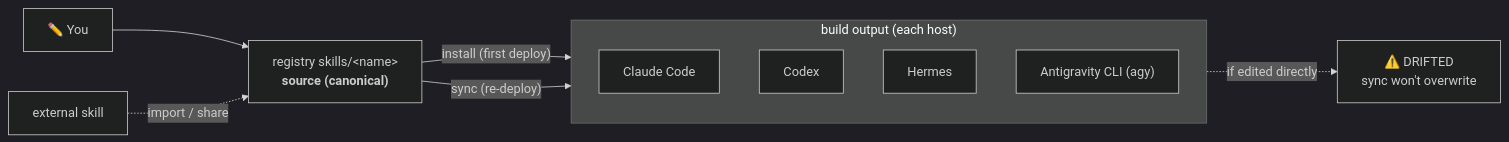
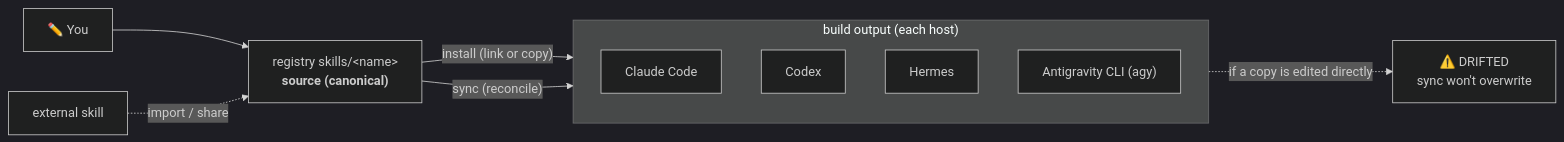
Before and after one commit to Seosiju/my-skills: the diagram in README.md, drawn with Mermaid (dark theme). The commit also changed other lines of this file and 12 other files, not shown here.

````diff
--- a/README.md
+++ b/README.md
@@ -81,16 +80,16 @@
 ```mermaid
 flowchart LR
     edit["✏️ You"] --> src["registry skills/&lt;name&gt;<br/><b>source (canonical)</b>"]
     ext["external skill"] -.->|import / share| src
-    src -->|"install (first deploy)"| out
-    src -->|"sync (re-deploy)"| out
+    src -->|"install (link or copy)"| out
+    src -->|"sync (reconcile)"| out
 
     subgraph out["build output (each host)"]
         c["Claude Code"]
         x["Codex"]
         h["Hermes"]
         a["Antigravity CLI (agy)"]
     end
 
-    out -. "if edited directly" .-> drift["⚠️ DRIFTED<br/>sync won't overwrite"]
+    out -. "if a copy is edited directly" .-> drift["⚠️ DRIFTED<br/>sync won't overwrite"]
 ```
````
